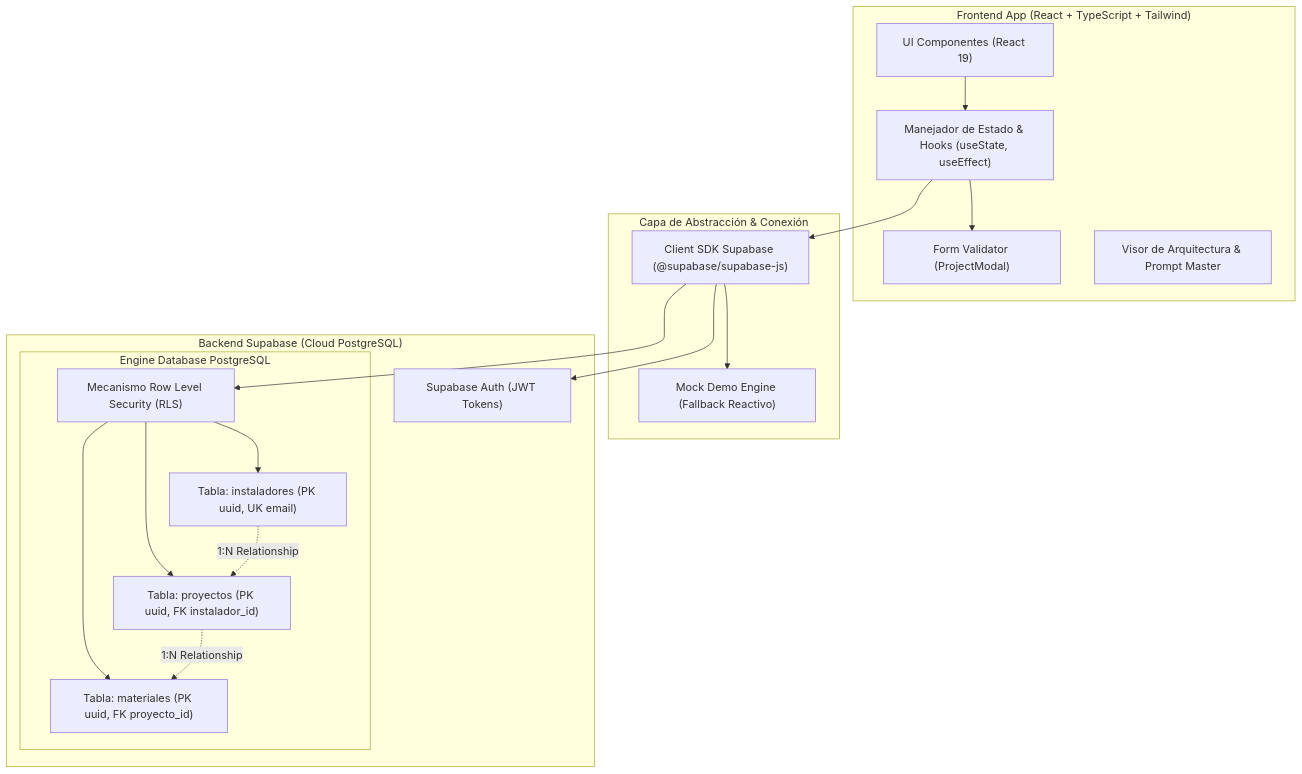
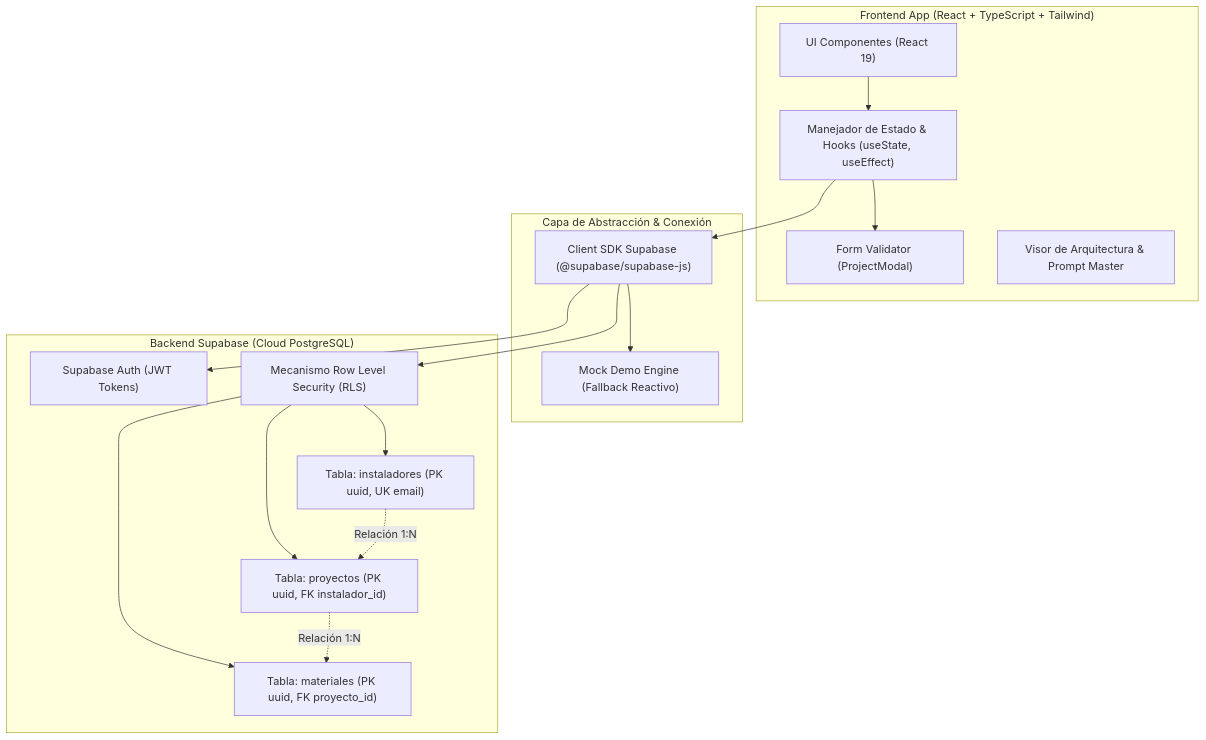
Before and after one commit to SWNT-2/ProyectoFinalArquitecto-IA: the first of 2 diagrams in README.md, drawn with Mermaid. The commit also changed other lines of this file and 1 other file, not shown here.

Commit message:
docs: fix mermaid architecture flowchart syntax and add ecoflow logo banner

````diff
--- a/README.md
+++ b/README.md
@@ -88,37 +87,34 @@
 ```mermaid
-graph TD
+flowchart TD
     subgraph Client ["Frontend App (React + TypeScript + Tailwind)"]
         UI["UI Componentes (React 19)"]
         State["Manejador de Estado & Hooks (useState, useEffect)"]
         Validator["Form Validator (ProjectModal)"]
         DocViewer["Visor de Arquitectura & Prompt Master"]
     end
 
     subgraph IntegrationLayer ["Capa de Abstracción & Conexión"]
         SupaClient["Client SDK Supabase (@supabase/supabase-js)"]
         MockFallback["Mock Demo Engine (Fallback Reactivo)"]
     end
 
     subgraph BackendSupabase ["Backend Supabase (Cloud PostgreSQL)"]
         AuthService["Supabase Auth (JWT Tokens)"]
-        
-        subgraph DatabaseEngine ["Engine Database PostgreSQL"]
-            RLSPolicy["Mecanismo Row Level Security (RLS)"]
-            TableProyectos["Tabla: proyectos (PK uuid, FK instalador_id)"]
-            TableInstaladores["Tabla: instaladores (PK uuid, UK email)"]
-            TableMateriales["Tabla: materiales (PK uuid, FK proyecto_id)"]
-        end
+        RLSPolicy["Mecanismo Row Level Security (RLS)"]
+        TableProyectos["Tabla: proyectos (PK uuid, FK instalador_id)"]
+        TableInstaladores["Tabla: instaladores (PK uuid, UK email)"]
+        TableMateriales["Tabla: materiales (PK uuid, FK proyecto_id)"]
     end
 
     UI --> State
     State --> Validator
     State --> SupaClient
     SupaClient --> MockFallback
     SupaClient --> AuthService
     SupaClient --> RLSPolicy
     RLSPolicy --> TableProyectos
     RLSPolicy --> TableInstaladores
     RLSPolicy --> TableMateriales
-    TableInstaladores -. "1:N Relationship" .-> TableProyectos
-    TableProyectos -. "1:N Relationship" .-> TableMateriales
+    TableInstaladores -.->|Relación 1:N| TableProyectos
+    TableProyectos -.->|Relación 1:N| TableMateriales
 ```
````
